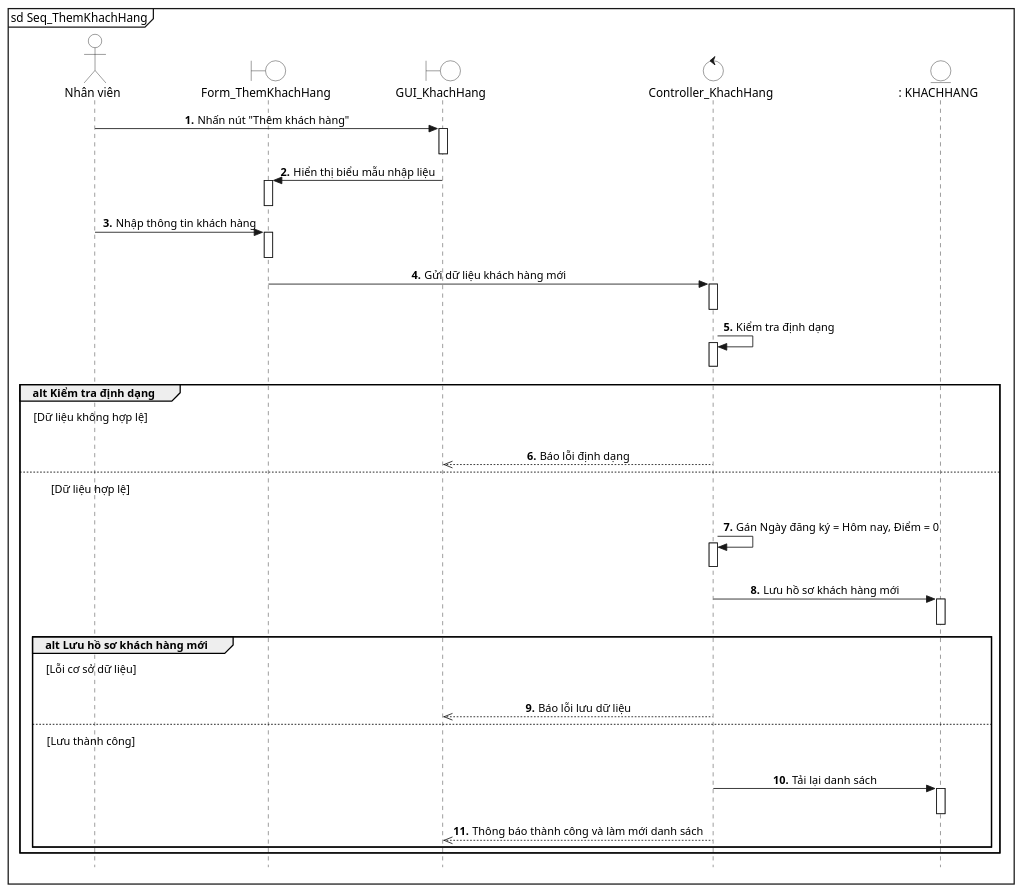
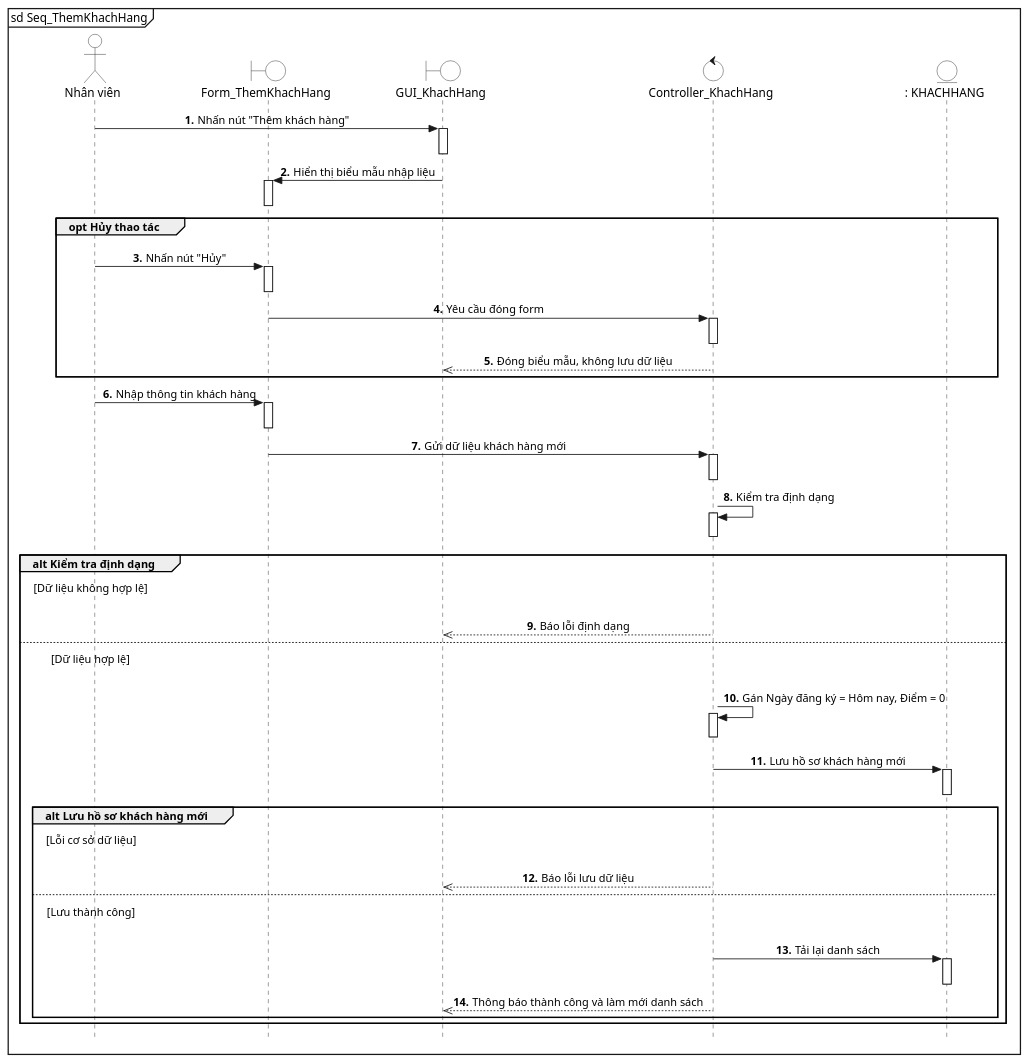
The diagram in diagram/Bakery_Management/sq - Huy/10_ThemKhachHang.puml (lancelotviendangkhoa710/IS-System-Development), drawn with PlantUML before and after one commit. The commit also changed 35 other files, not shown here.

Commit message:
diagram khiem

```diff
--- a/diagram/Bakery_Management/sq - Huy/10_ThemKhachHang.puml
+++ b/diagram/Bakery_Management/sq - Huy/10_ThemKhachHang.puml
@@ -1,74 +1,89 @@
 @startuml ThemKhachHang
 mainframe sd Seq_ThemKhachHang
 autonumber "<b>##."
 skinparam sequenceMessageAlign center
 skinparam style strictuml
 
     skinparam noteBackgroundColor transparent
     skinparam noteBorderColor transparent
 
 actor "Nhân viên" as NV #White
 boundary "Form_ThemKhachHang" as FRM #White
 boundary "GUI_KhachHang" as UI #White
 control "Controller_KhachHang" as SYS #White
 entity ": KHACHHANG" as DB_KH #White
 
 NV -> UI: Nhấn nút "Thêm khách hàng"
 activate UI
 deactivate UI
 
 UI -> FRM: Hiển thị biểu mẫu nhập liệu
 activate FRM
 deactivate FRM
+
+group opt Hủy thao tác
+    autonumber stop
+    NV -[hidden]-> DB_KH
+    autonumber resume "<b>##."
+    NV -> FRM: Nhấn nút "Hủy"
+    activate FRM
+    deactivate FRM
+    
+FRM -> SYS: Yêu cầu đóng form
+    activate SYS
+    deactivate SYS
+    
+    SYS -->> UI: Đóng biểu mẫu, không lưu dữ liệu
+end
 
 NV -> FRM: Nhập thông tin khách hàng
 activate FRM
 deactivate FRM
 
 FRM -> SYS: Gửi dữ liệu khách hàng mới
 activate SYS
 deactivate SYS
 
 SYS -> SYS: Kiểm tra định dạng
 activate SYS
 deactivate SYS
 
 group alt Kiểm tra định dạng
     note over of NV: [Dữ liệu không hợp lệ]
     autonumber stop
     NV -[hidden]-> DB_KH
     autonumber resume "<b>##."
     SYS -->> UI: Báo lỗi định dạng
 else 
     note over of NV: [Dữ liệu hợp lệ]
     autonumber stop
     NV -[hidden]-> DB_KH
     autonumber resume "<b>##."
     SYS -> SYS: Gán Ngày đăng ký = Hôm nay, Điểm = 0
     activate SYS
     deactivate SYS
     
     SYS -> DB_KH: Lưu hồ sơ khách hàng mới 
     activate DB_KH
     deactivate DB_KH
     
     group alt Lưu hồ sơ khách hàng mới
         note over of NV: [Lỗi cơ sở dữ liệu]
         autonumber stop
         NV -[hidden]-> DB_KH
         autonumber resume "<b>##."
         SYS -->> UI: Báo lỗi lưu dữ liệu
     else 
         note over of NV: [Lưu thành công]
         autonumber stop
         NV -[hidden]-> DB_KH
         autonumber resume "<b>##."
         SYS -> DB_KH: Tải lại danh sách
         activate DB_KH
         deactivate DB_KH
         
         SYS -->> UI: Thông báo thành công và làm mới danh sách
     end
 end
 
 @enduml
```
